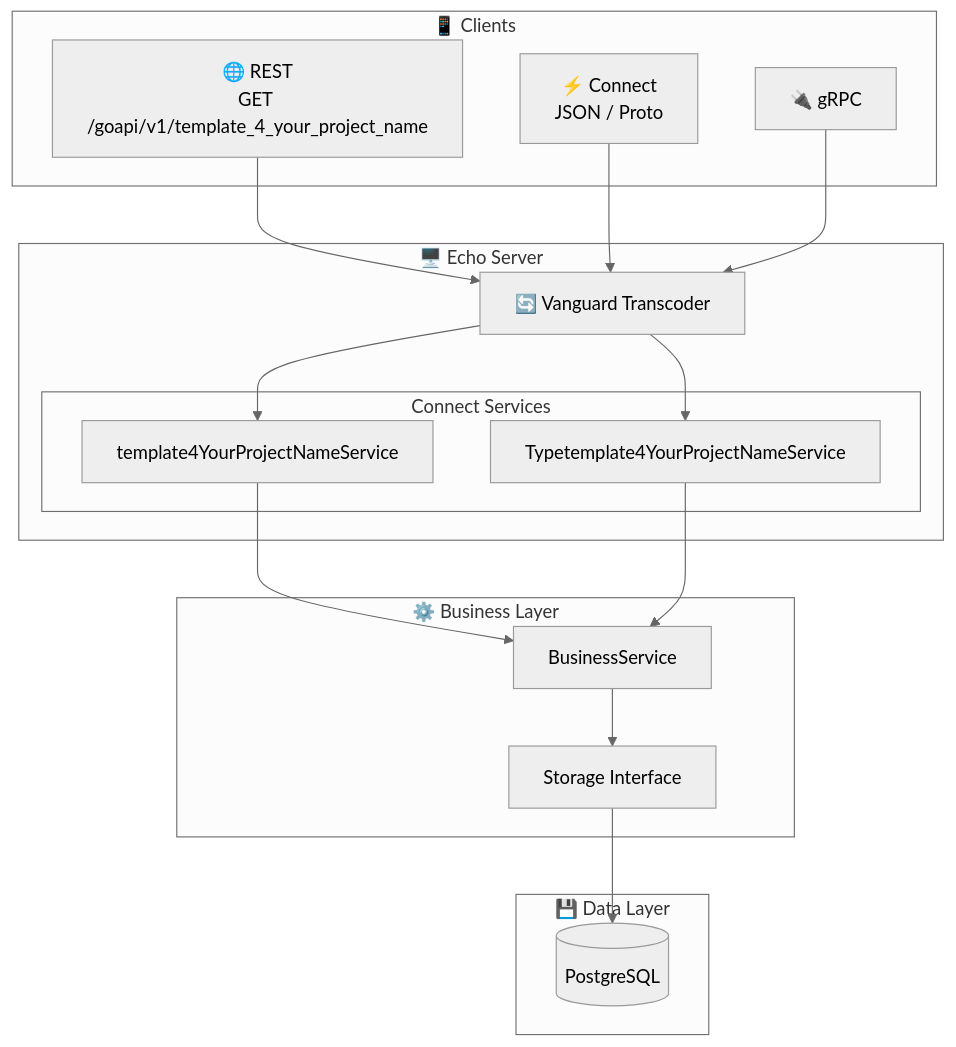
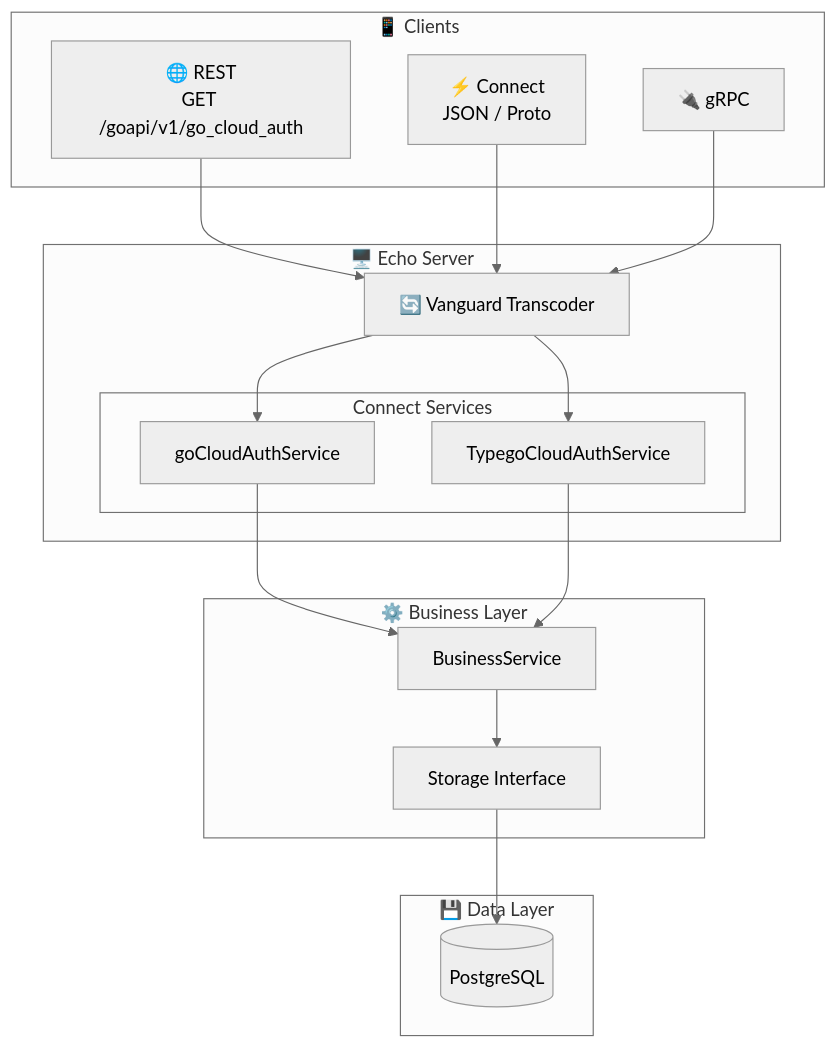
One commit to lao-tseu-is-alive/go-cloud-k8s-auth changed the diagram in README.md. Above: the diagram before and after it, drawn with Mermaid (neutral theme). The commit also changed other lines of this file and 62 other files, not shown here.

````diff
--- a/README.md
+++ b/README.md
@@ -28,35 +28,35 @@
 ```mermaid
 graph TB
     subgraph Clients["📱 Clients"]
-        REST["🌐 REST<br/>GET /goapi/v1/template_4_your_project_name"]
+        REST["🌐 REST<br/>GET /goapi/v1/go_cloud_auth"]
         CONNECT["⚡ Connect<br/>JSON / Proto"]
         GRPC["🔌 gRPC"]
     end
     
     subgraph Server["🖥️ Echo Server"]
         VG["🔄 Vanguard Transcoder"]
         subgraph Services["Connect Services"]
-            TS["template4YourProjectNameService"]
-            TTS["Typetemplate4YourProjectNameService"]
+            TS["goCloudAuthService"]
+            TTS["TypegoCloudAuthService"]
         end
     end
     
     subgraph Core["⚙️ Business Layer"]
         BS["BusinessService"]
         ST["Storage Interface"]
     end
     
     subgraph Data["💾 Data Layer"]
         PG[(PostgreSQL)]
     end
     
     REST --> VG
     CONNECT --> VG
     GRPC --> VG
     VG --> TS
     VG --> TTS
     TS --> BS
     TTS --> BS
     BS --> ST
     ST --> PG
 ```
````
